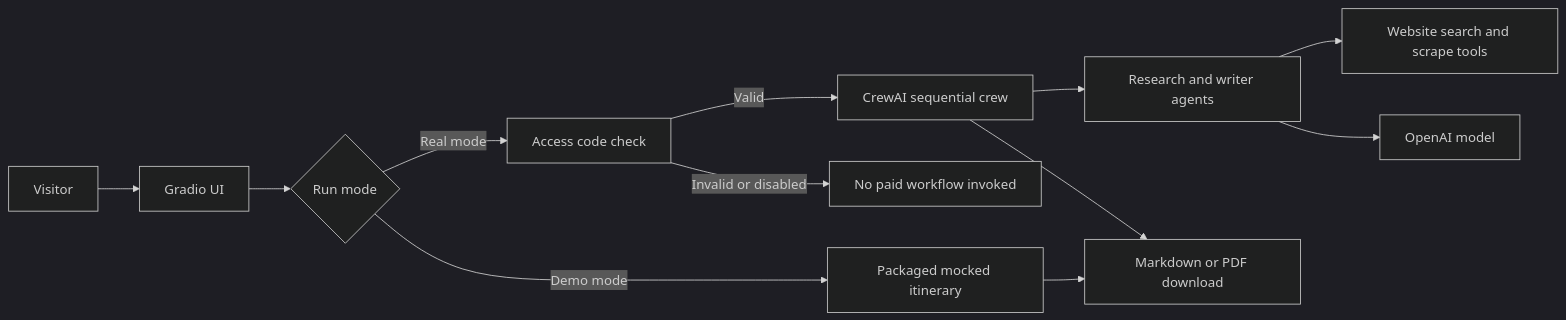
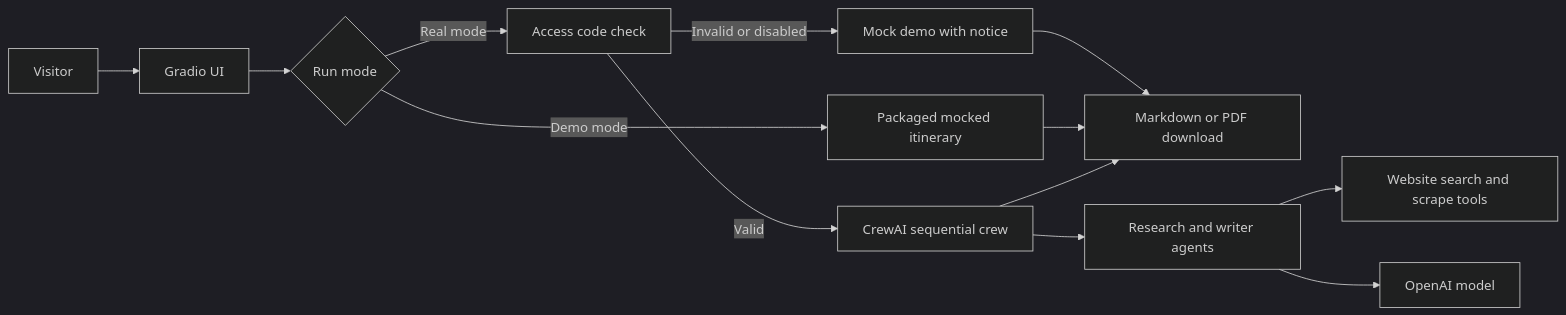
The diagram in README.md (bkane56/national_park_crew), drawn with Mermaid (dark theme) before and after one commit. The commit also changed other lines of this file and 7 other files, not shown here.

First line of the commit message:
Allow access-code real runs with mock fallback for invalid codes.

````diff
--- a/README.md
+++ b/README.md
@@ -25,14 +25,15 @@
 ```mermaid
 flowchart LR
   user[Visitor] --> ui[Gradio UI]
   ui --> mode{Run mode}
   mode -->|Demo mode| mock[Packaged mocked itinerary]
   mode -->|Real mode| gate[Access code check]
-  gate -->|Invalid or disabled| blocked[No paid workflow invoked]
+  gate -->|Invalid or disabled| fallback[Mock demo with notice]
+  fallback --> export
   gate -->|Valid| crew[CrewAI sequential crew]
   crew --> agents[Research and writer agents]
   agents --> tools[Website search and scrape tools]
   agents --> llm[OpenAI model]
   mock --> export[Markdown or PDF download]
   crew --> export
 ```
````
